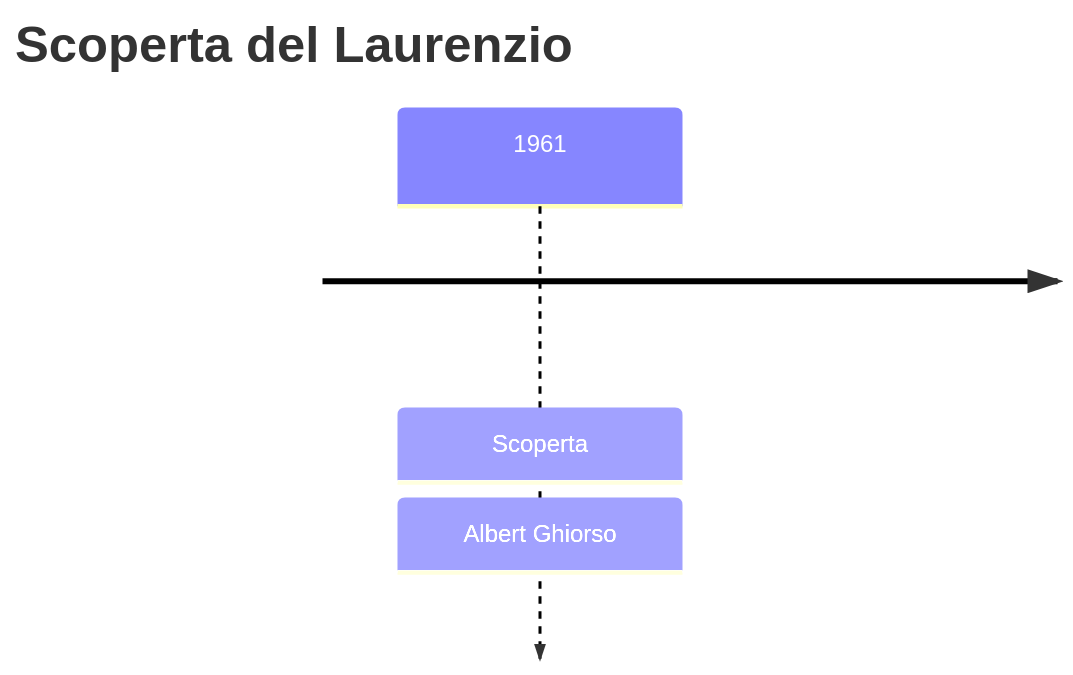
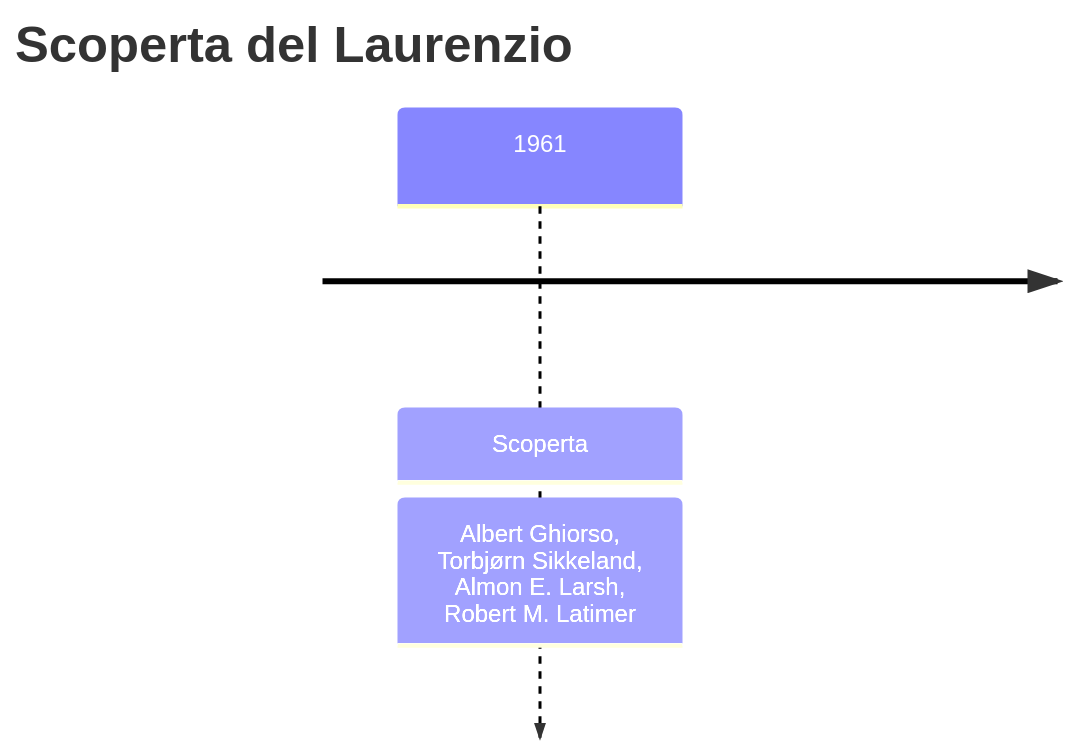
One commit to gianlucaciarcelluti/elements-caos changed the first of 3 diagrams in vault/Elementi/Laurenzio.md. Above: the diagram before and after it, drawn with Mermaid. The commit also changed other lines of this file and 13 other files, not shown here.

````diff
--- a/vault/Elementi/Laurenzio.md
+++ b/vault/Elementi/Laurenzio.md
@@ -28,5 +28,5 @@
 ```mermaid
 timeline
     title Scoperta del Laurenzio
-    1961 : Scoperta : Albert Ghiorso
+    1961 : Scoperta : Albert Ghiorso, Torbjørn Sikkeland, Almon E. Larsh, Robert M. Latimer
 ```
````
